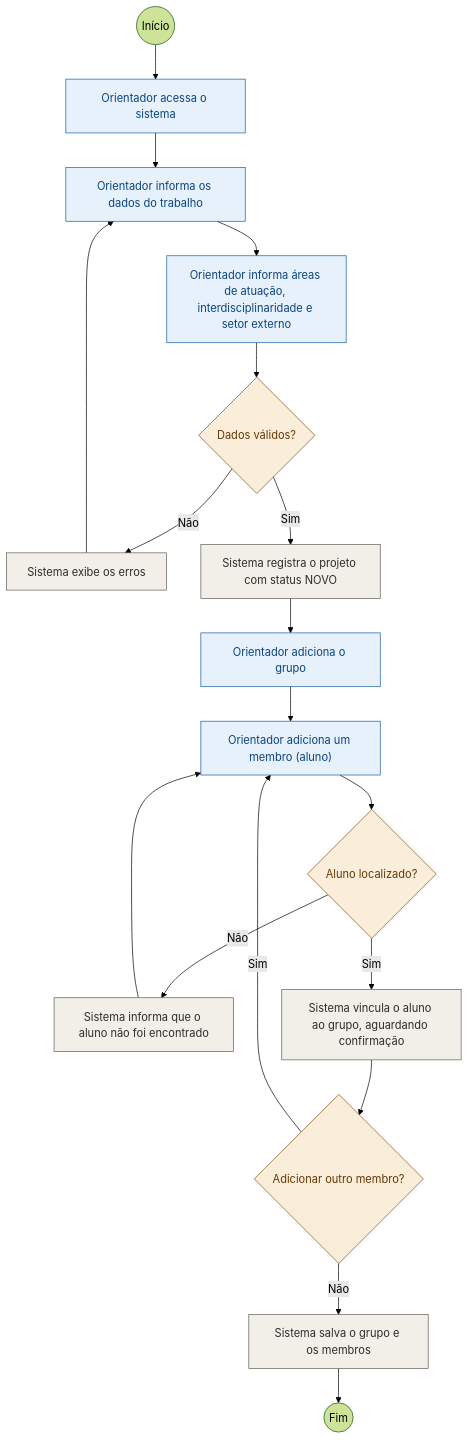
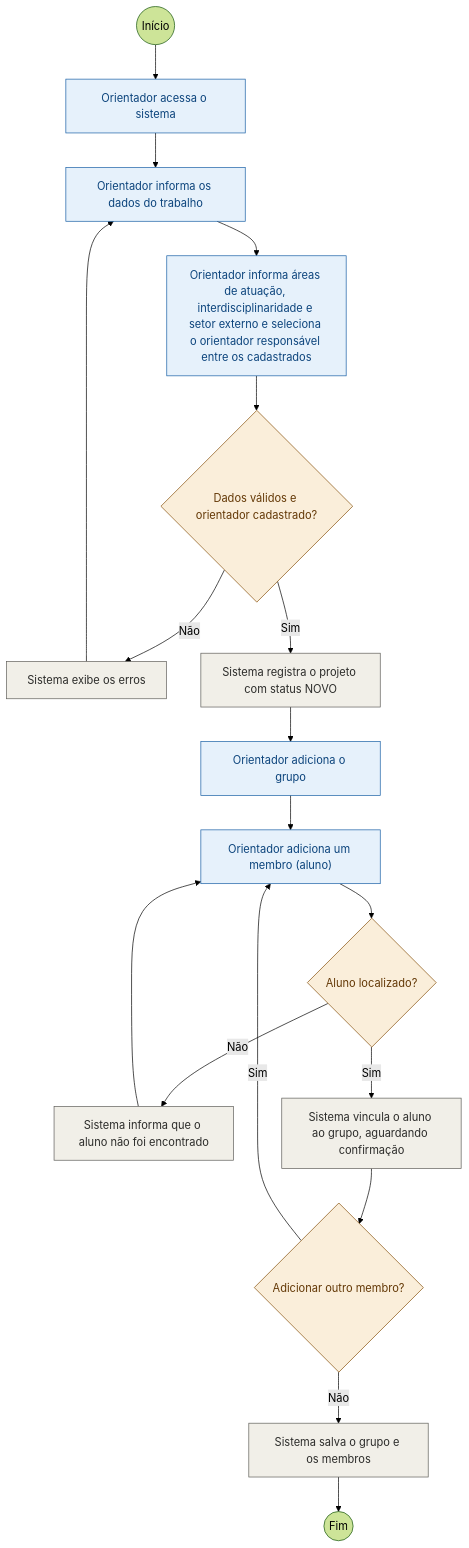
Before and after one commit to HevertonMarques/desweb_rep: the diagram in documentos/atividades/01-registrar-trabalho-grupo-membros.mmd, drawn with Mermaid (forest theme). The commit also changed 6 other files, not shown here.

```diff
--- a/documentos/atividades/01-registrar-trabalho-grupo-membros.mmd
+++ b/documentos/atividades/01-registrar-trabalho-grupo-membros.mmd
@@ -1,24 +1,24 @@
 flowchart TD
   ini(("Início")) --> a1["Orientador acessa o sistema"]
   a1 --> a2["Orientador informa os dados do trabalho"]
-  a2 --> a3["Orientador informa áreas de atuação, interdisciplinaridade e setor externo"]
-  a3 --> d1{"Dados válidos?"}
+  a2 --> a3["Orientador informa áreas de atuação, interdisciplinaridade e setor externo e seleciona o orientador responsável entre os cadastrados"]
+  a3 --> d1{"Dados válidos e orientador cadastrado?"}
   d1 -- Não --> s1["Sistema exibe os erros"]
   s1 --> a2
   d1 -- Sim --> s2["Sistema registra o projeto com status NOVO"]
   s2 --> a4["Orientador adiciona o grupo"]
   a4 --> a5["Orientador adiciona um membro (aluno)"]
   a5 --> d2{"Aluno localizado?"}
   d2 -- Não --> s3["Sistema informa que o aluno não foi encontrado"]
   s3 --> a5
   d2 -- Sim --> s4["Sistema vincula o aluno ao grupo, aguardando confirmação"]
   s4 --> d3{"Adicionar outro membro?"}
   d3 -- Sim --> a5
   d3 -- Não --> s5["Sistema salva o grupo e os membros"]
   s5 --> fim((Fim))
   classDef ator fill:#E6F1FB,stroke:#185FA5,color:#0C447C
   classDef sis fill:#F1EFE8,stroke:#5F5E5A,color:#2C2C2A
   classDef dec fill:#FAEEDA,stroke:#854F0B,color:#633806
   class a1,a2,a3,a4,a5 ator
   class s1,s2,s3,s4,s5 sis
   class d1,d2,d3 dec
```
